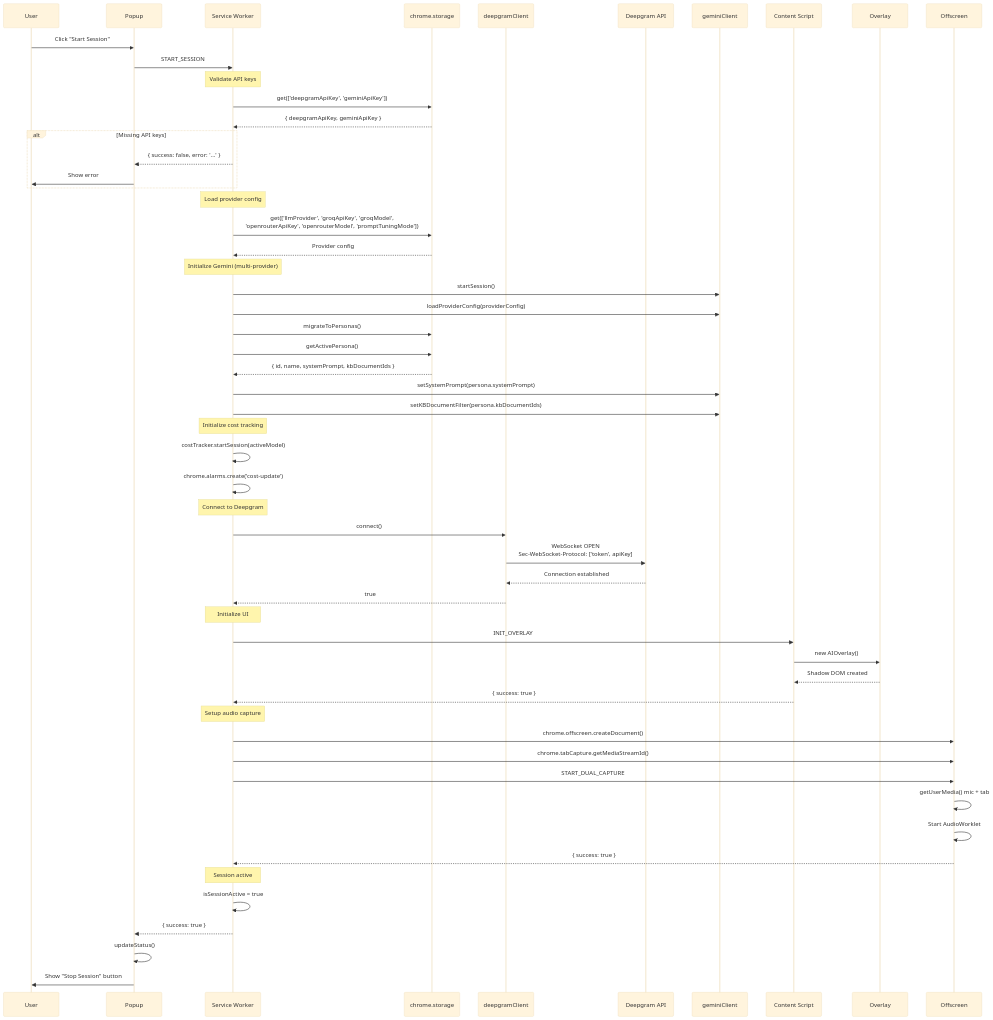
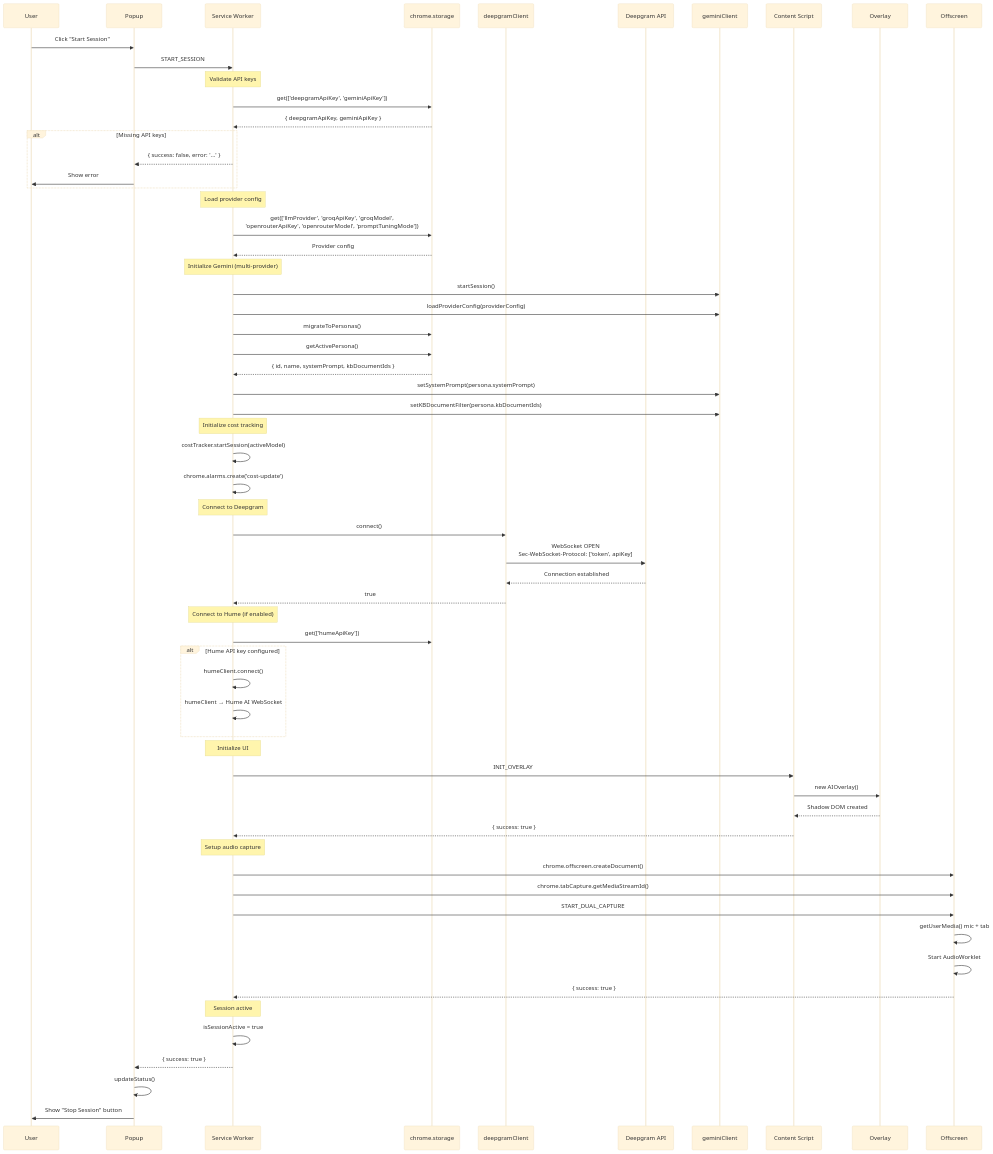
One commit to AntoineDubuc/wingman-ai changed the first of 10 diagrams in docs/diagrams/SEQUENCES.md. Above: the diagram before and after it, drawn with Mermaid. The commit also changed other lines of this file and 110 other files, not shown here.

````diff
--- a/docs/diagrams/SEQUENCES.md
+++ b/docs/diagrams/SEQUENCES.md
@@ -5,71 +5,78 @@
 ```mermaid
 %%{init: {'theme':'base'}}%%
 sequenceDiagram
     participant User
     participant Popup
     participant SW as Service Worker
     participant Storage as chrome.storage
     participant Deepgram as deepgramClient
     participant DeepgramAPI as Deepgram API
     participant Gemini as geminiClient
     participant Content as Content Script
     participant Overlay
     participant Offscreen
 
     User->>Popup: Click "Start Session"
     Popup->>SW: START_SESSION
 
     Note over SW: Validate API keys
     SW->>Storage: get(['deepgramApiKey', 'geminiApiKey'])
     Storage-->>SW: { deepgramApiKey, geminiApiKey }
 
     alt Missing API keys
         SW-->>Popup: { success: false, error: '...' }
         Popup->>User: Show error
     end
 
     Note over SW: Load provider config
     SW->>Storage: get(['llmProvider', 'groqApiKey', 'groqModel',<br/>'openrouterApiKey', 'openrouterModel', 'promptTuningMode'])
     Storage-->>SW: Provider config
 
     Note over SW: Initialize Gemini (multi-provider)
     SW->>Gemini: startSession()
     SW->>Gemini: loadProviderConfig(providerConfig)
     SW->>Storage: migrateToPersonas()
     SW->>Storage: getActivePersona()
     Storage-->>SW: { id, name, systemPrompt, kbDocumentIds }
     SW->>Gemini: setSystemPrompt(persona.systemPrompt)
     SW->>Gemini: setKBDocumentFilter(persona.kbDocumentIds)
 
     Note over SW: Initialize cost tracking
     SW->>SW: costTracker.startSession(activeModel)
     SW->>SW: chrome.alarms.create('cost-update')
 
     Note over SW: Connect to Deepgram
     SW->>Deepgram: connect()
     Deepgram->>DeepgramAPI: WebSocket OPEN<br/>Sec-WebSocket-Protocol: ['token', apiKey]
     DeepgramAPI-->>Deepgram: Connection established
     Deepgram-->>SW: true
 
+    Note over SW: Connect to Hume (if enabled)
+    SW->>Storage: get(['humeApiKey'])
+    alt Hume API key configured
+        SW->>SW: humeClient.connect()
+        SW->>SW: humeClient → Hume AI WebSocket
+    end
+
     Note over SW: Initialize UI
     SW->>Content: INIT_OVERLAY
     Content->>Overlay: new AIOverlay()
     Overlay-->>Content: Shadow DOM created
     Content-->>SW: { success: true }
 
     Note over SW: Setup audio capture
     SW->>Offscreen: chrome.offscreen.createDocument()
     SW->>Offscreen: chrome.tabCapture.getMediaStreamId()
     SW->>Offscreen: START_DUAL_CAPTURE
 
     Offscreen->>Offscreen: getUserMedia() mic + tab
     Offscreen->>Offscreen: Start AudioWorklet
     Offscreen-->>SW: { success: true }
 
     Note over SW: Session active
     SW->>SW: isSessionActive = true
     SW-->>Popup: { success: true }
 
     Popup->>Popup: updateStatus()
     Popup->>User: Show "Stop Session" button
 ```
````
